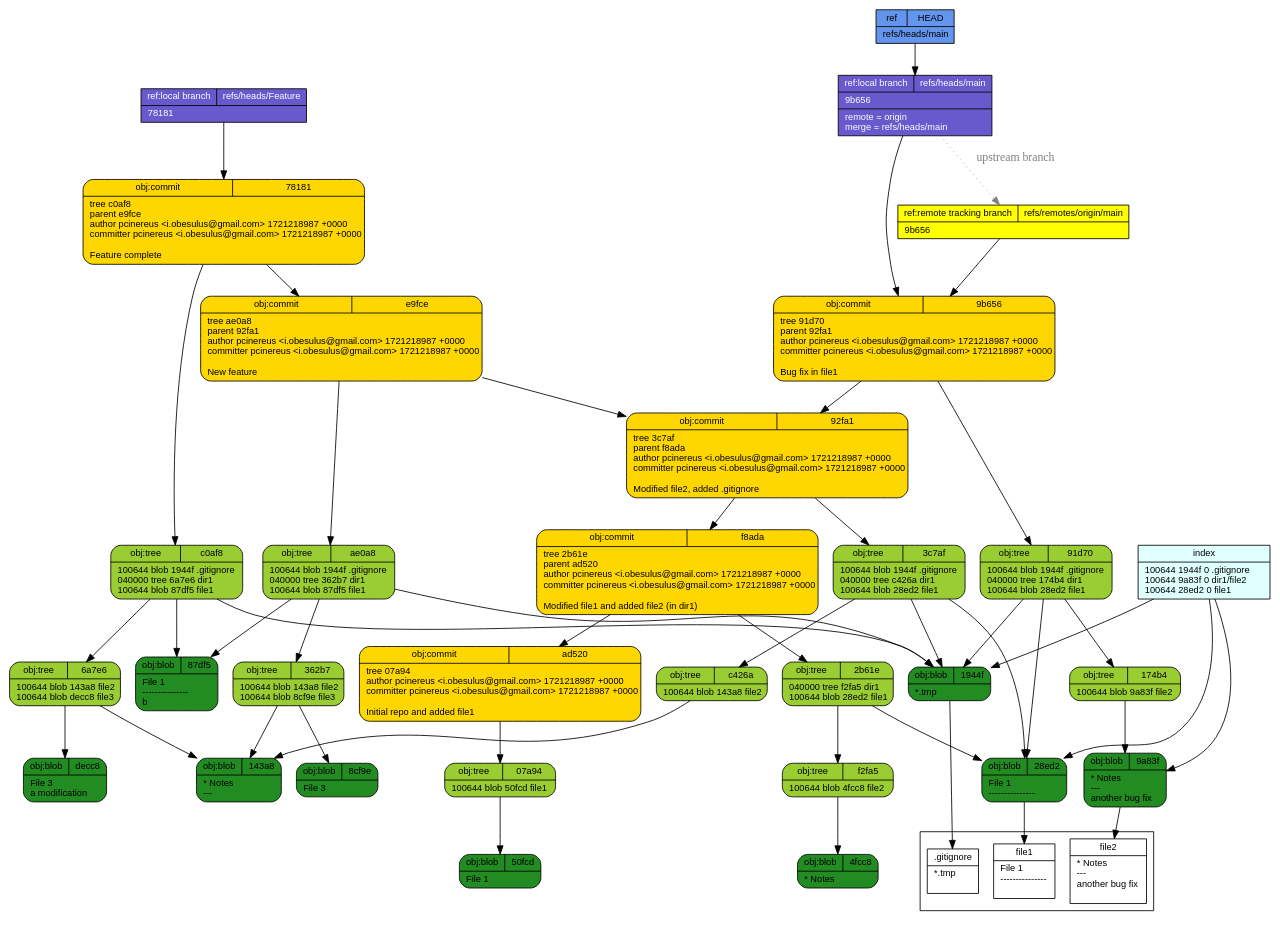
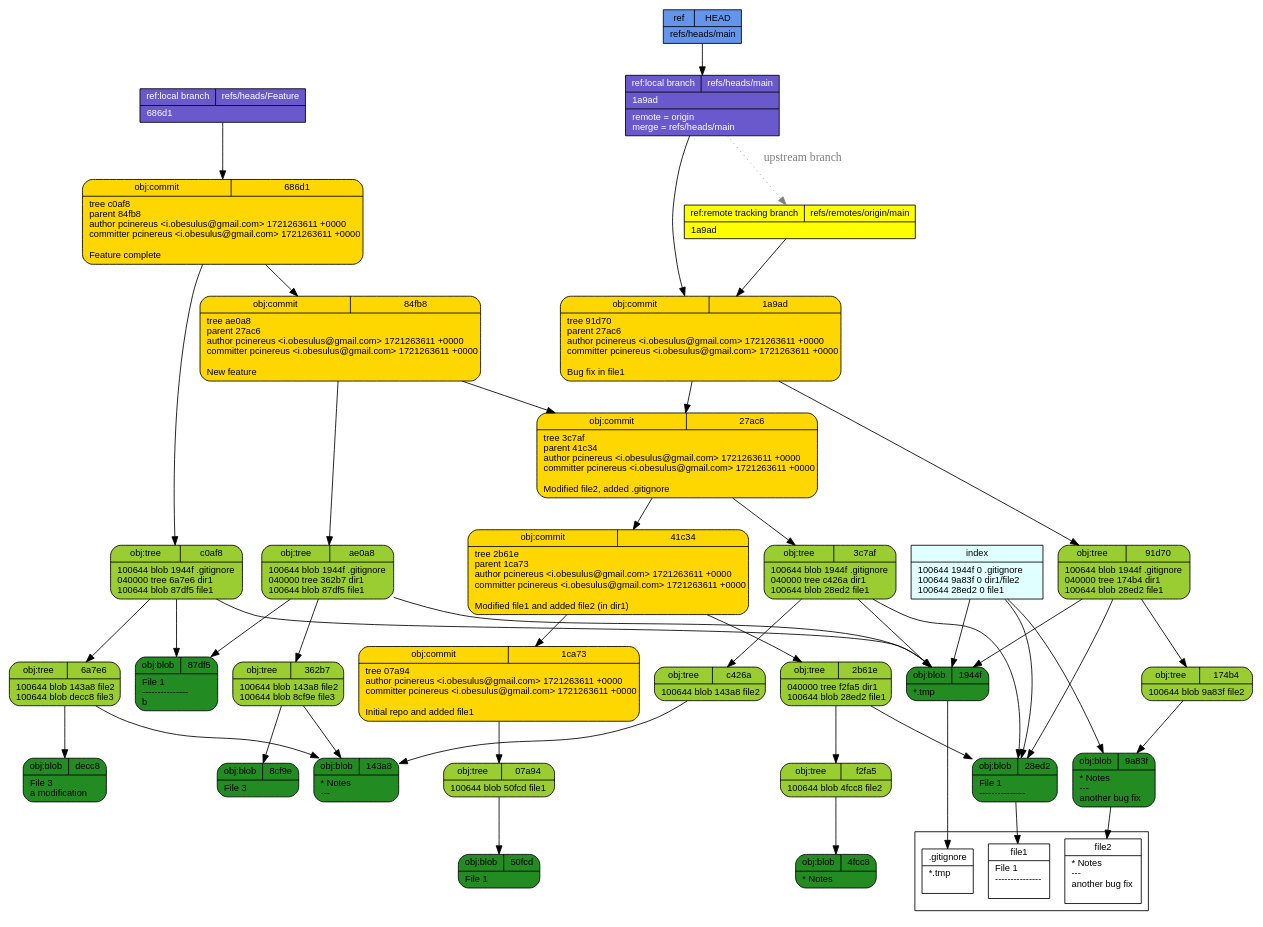
Before and after one commit to pcinereus/SUYRs_documents: the diagram in tut/git-draw.dot, drawn with Graphviz. The commit also changed 667 other files, not shown here.

```diff
--- a/tut/git-draw.dot
+++ b/tut/git-draw.dot
@@ -1,57 +1,57 @@
 digraph structs {
   node [shape=record,fontsize=11,fontname="arial"];
   rankdir="TB";
   _f2fa5 [fillcolor="yellowgreen", style="filled,rounded", label="{{obj:tree|f2fa5}|100644\ blob\ 4fcc8\	file2\l}"]  _f2fa5 -> _4fcc8
+  _1ca73 [fillcolor="gold", style="filled,rounded", label="{{obj:commit|1ca73}|tree\ 07a94\lauthor\ pcinereus\ \<i\.obesulus\@gmail\.com\>\ 1721263611\ \+0000\lcommitter\ pcinereus\ \<i\.obesulus\@gmail\.com\>\ 1721263611\ \+0000\l\lInitial\ repo\ and\ added\ file1\l}"]  _1ca73 -> _07a94
   _07a94 [fillcolor="yellowgreen", style="filled,rounded", label="{{obj:tree|07a94}|100644\ blob\ 50fcd\	file1\l}"]  _07a94 -> _50fcd
   _143a8 [fillcolor="forestgreen", style="filled,rounded", label="{{obj:blob|143a8}|\*\ Notes\l\-\-\-\l}"]  _c0af8 [fillcolor="yellowgreen", style="filled,rounded", label="{{obj:tree|c0af8}|100644\ blob\ 1944f\	\.gitignore\l040000\ tree\ 6a7e6\	dir1\l100644\ blob\ 87df5\	file1\l}"]  _c0af8 -> _1944f
   _c0af8 -> _6a7e6
   _c0af8 -> _87df5
-  _4fcc8 [fillcolor="forestgreen", style="filled,rounded", label="{{obj:blob|4fcc8}|\*\ Notes\l}"]  _f8ada [fillcolor="gold", style="filled,rounded", label="{{obj:commit|f8ada}|tree\ 2b61e\lparent\ ad520\lauthor\ pcinereus\ \<i\.obesulus\@gmail\.com\>\ 1721218987\ \+0000\lcommitter\ pcinereus\ \<i\.obesulus\@gmail\.com\>\ 1721218987\ \+0000\l\lModified\ file1\ and\ added\ file2\ \(in\ dir1\)\l}"]  _f8ada -> _2b61e
-  _f8ada -> _ad520
-  _ad520 [fillcolor="gold", style="filled,rounded", label="{{obj:commit|ad520}|tree\ 07a94\lauthor\ pcinereus\ \<i\.obesulus\@gmail\.com\>\ 1721218987\ \+0000\lcommitter\ pcinereus\ \<i\.obesulus\@gmail\.com\>\ 1721218987\ \+0000\l\lInitial\ repo\ and\ added\ file1\l}"]  _ad520 -> _07a94
-  _c426a [fillcolor="yellowgreen", style="filled,rounded", label="{{obj:tree|c426a}|100644\ blob\ 143a8\	file2\l}"]  _c426a -> _143a8
-  _1944f [fillcolor="forestgreen", style="filled,rounded", label="{{obj:blob|1944f}|\*\.tmp\l}"]  _50fcd [fillcolor="forestgreen", style="filled,rounded", label="{{obj:blob|50fcd}|File\ 1\l}"]  _92fa1 [fillcolor="gold", style="filled,rounded", label="{{obj:commit|92fa1}|tree\ 3c7af\lparent\ f8ada\lauthor\ pcinereus\ \<i\.obesulus\@gmail\.com\>\ 1721218987\ \+0000\lcommitter\ pcinereus\ \<i\.obesulus\@gmail\.com\>\ 1721218987\ \+0000\l\lModified\ file2\,\ added\ \.gitignore\l}"]  _92fa1 -> _3c7af
-  _92fa1 -> _f8ada
-  _8cf9e [fillcolor="forestgreen", style="filled,rounded", label="{{obj:blob|8cf9e}|File\ 3\l}"]  _91d70 [fillcolor="yellowgreen", style="filled,rounded", label="{{obj:tree|91d70}|100644\ blob\ 1944f\	\.gitignore\l040000\ tree\ 174b4\	dir1\l100644\ blob\ 28ed2\	file1\l}"]  _91d70 -> _1944f
+  _84fb8 [fillcolor="gold", style="filled,rounded", label="{{obj:commit|84fb8}|tree\ ae0a8\lparent\ 27ac6\lauthor\ pcinereus\ \<i\.obesulus\@gmail\.com\>\ 1721263611\ \+0000\lcommitter\ pcinereus\ \<i\.obesulus\@gmail\.com\>\ 1721263611\ \+0000\l\lNew\ feature\l}"]  _84fb8 -> _ae0a8
+  _84fb8 -> _27ac6
+  _4fcc8 [fillcolor="forestgreen", style="filled,rounded", label="{{obj:blob|4fcc8}|\*\ Notes\l}"]  _c426a [fillcolor="yellowgreen", style="filled,rounded", label="{{obj:tree|c426a}|100644\ blob\ 143a8\	file2\l}"]  _c426a -> _143a8
+  _1944f [fillcolor="forestgreen", style="filled,rounded", label="{{obj:blob|1944f}|\*\.tmp\l}"]  _50fcd [fillcolor="forestgreen", style="filled,rounded", label="{{obj:blob|50fcd}|File\ 1\l}"]  _8cf9e [fillcolor="forestgreen", style="filled,rounded", label="{{obj:blob|8cf9e}|File\ 3\l}"]  _91d70 [fillcolor="yellowgreen", style="filled,rounded", label="{{obj:tree|91d70}|100644\ blob\ 1944f\	\.gitignore\l040000\ tree\ 174b4\	dir1\l100644\ blob\ 28ed2\	file1\l}"]  _91d70 -> _1944f
   _91d70 -> _174b4
   _91d70 -> _28ed2
-  _78181 [fillcolor="gold", style="filled,rounded", label="{{obj:commit|78181}|tree\ c0af8\lparent\ e9fce\lauthor\ pcinereus\ \<i\.obesulus\@gmail\.com\>\ 1721218987\ \+0000\lcommitter\ pcinereus\ \<i\.obesulus\@gmail\.com\>\ 1721218987\ \+0000\l\lFeature\ complete\l}"]  _78181 -> _c0af8
-  _78181 -> _e9fce
-  _9a83f [fillcolor="forestgreen", style="filled,rounded", label="{{obj:blob|9a83f}|\*\ Notes\l\-\-\-\l\ another\ bug\ fix\l}"]  _ae0a8 [fillcolor="yellowgreen", style="filled,rounded", label="{{obj:tree|ae0a8}|100644\ blob\ 1944f\	\.gitignore\l040000\ tree\ 362b7\	dir1\l100644\ blob\ 87df5\	file1\l}"]  _ae0a8 -> _1944f
+  _27ac6 [fillcolor="gold", style="filled,rounded", label="{{obj:commit|27ac6}|tree\ 3c7af\lparent\ 41c34\lauthor\ pcinereus\ \<i\.obesulus\@gmail\.com\>\ 1721263611\ \+0000\lcommitter\ pcinereus\ \<i\.obesulus\@gmail\.com\>\ 1721263611\ \+0000\l\lModified\ file2\,\ added\ \.gitignore\l}"]  _27ac6 -> _3c7af
+  _27ac6 -> _41c34
+  _9a83f [fillcolor="forestgreen", style="filled,rounded", label="{{obj:blob|9a83f}|\*\ Notes\l\-\-\-\l\ another\ bug\ fix\l}"]  _686d1 [fillcolor="gold", style="filled,rounded", label="{{obj:commit|686d1}|tree\ c0af8\lparent\ 84fb8\lauthor\ pcinereus\ \<i\.obesulus\@gmail\.com\>\ 1721263611\ \+0000\lcommitter\ pcinereus\ \<i\.obesulus\@gmail\.com\>\ 1721263611\ \+0000\l\lFeature\ complete\l}"]  _686d1 -> _c0af8
+  _686d1 -> _84fb8
+  _ae0a8 [fillcolor="yellowgreen", style="filled,rounded", label="{{obj:tree|ae0a8}|100644\ blob\ 1944f\	\.gitignore\l040000\ tree\ 362b7\	dir1\l100644\ blob\ 87df5\	file1\l}"]  _ae0a8 -> _1944f
   _ae0a8 -> _362b7
   _ae0a8 -> _87df5
-  _e9fce [fillcolor="gold", style="filled,rounded", label="{{obj:commit|e9fce}|tree\ ae0a8\lparent\ 92fa1\lauthor\ pcinereus\ \<i\.obesulus\@gmail\.com\>\ 1721218987\ \+0000\lcommitter\ pcinereus\ \<i\.obesulus\@gmail\.com\>\ 1721218987\ \+0000\l\lNew\ feature\l}"]  _e9fce -> _ae0a8
-  _e9fce -> _92fa1
-  _9b656 [fillcolor="gold", style="filled,rounded", label="{{obj:commit|9b656}|tree\ 91d70\lparent\ 92fa1\lauthor\ pcinereus\ \<i\.obesulus\@gmail\.com\>\ 1721218987\ \+0000\lcommitter\ pcinereus\ \<i\.obesulus\@gmail\.com\>\ 1721218987\ \+0000\l\lBug\ fix\ in\ file1\l}"]  _9b656 -> _91d70
-  _9b656 -> _92fa1
+  _41c34 [fillcolor="gold", style="filled,rounded", label="{{obj:commit|41c34}|tree\ 2b61e\lparent\ 1ca73\lauthor\ pcinereus\ \<i\.obesulus\@gmail\.com\>\ 1721263611\ \+0000\lcommitter\ pcinereus\ \<i\.obesulus\@gmail\.com\>\ 1721263611\ \+0000\l\lModified\ file1\ and\ added\ file2\ \(in\ dir1\)\l}"]  _41c34 -> _2b61e
+  _41c34 -> _1ca73
+  _1a9ad [fillcolor="gold", style="filled,rounded", label="{{obj:commit|1a9ad}|tree\ 91d70\lparent\ 27ac6\lauthor\ pcinereus\ \<i\.obesulus\@gmail\.com\>\ 1721263611\ \+0000\lcommitter\ pcinereus\ \<i\.obesulus\@gmail\.com\>\ 1721263611\ \+0000\l\lBug\ fix\ in\ file1\l}"]  _1a9ad -> _91d70
+  _1a9ad -> _27ac6
   _2b61e [fillcolor="yellowgreen", style="filled,rounded", label="{{obj:tree|2b61e}|040000\ tree\ f2fa5\	dir1\l100644\ blob\ 28ed2\	file1\l}"]  _2b61e -> _f2fa5
   _2b61e -> _28ed2
   _87df5 [fillcolor="forestgreen", style="filled,rounded", label="{{obj:blob|87df5}|File\ 1\l\-\-\-\-\-\-\-\-\-\-\-\-\-\-\-\lb\l}"]  _362b7 [fillcolor="yellowgreen", style="filled,rounded", label="{{obj:tree|362b7}|100644\ blob\ 143a8\	file2\l100644\ blob\ 8cf9e\	file3\l}"]  _362b7 -> _143a8
   _362b7 -> _8cf9e
   _3c7af [fillcolor="yellowgreen", style="filled,rounded", label="{{obj:tree|3c7af}|100644\ blob\ 1944f\	\.gitignore\l040000\ tree\ c426a\	dir1\l100644\ blob\ 28ed2\	file1\l}"]  _3c7af -> _1944f
   _3c7af -> _c426a
   _3c7af -> _28ed2
   _28ed2 [fillcolor="forestgreen", style="filled,rounded", label="{{obj:blob|28ed2}|File\ 1\l\-\-\-\-\-\-\-\-\-\-\-\-\-\-\-\l}"]  _6a7e6 [fillcolor="yellowgreen", style="filled,rounded", label="{{obj:tree|6a7e6}|100644\ blob\ 143a8\	file2\l100644\ blob\ decc8\	file3\l}"]  _6a7e6 -> _143a8
   _6a7e6 -> _decc8
   _174b4 [fillcolor="yellowgreen", style="filled,rounded", label="{{obj:tree|174b4}|100644\ blob\ 9a83f\	file2\l}"]  _174b4 -> _9a83f
-  _decc8 [fillcolor="forestgreen", style="filled,rounded", label="{{obj:blob|decc8}|File\ 3\l\ a\ modification\l}"]  _refs___heads___Feature [style=filled, fillcolor=slateblue3, fontcolor = white,  label="{{ref:local branch|refs\/heads\/Feature}|78181\l}"]
-  _refs___heads___Feature -> _78181
+  _decc8 [fillcolor="forestgreen", style="filled,rounded", label="{{obj:blob|decc8}|File\ 3\l\ a\ modification\l}"]  _refs___heads___Feature [style=filled, fillcolor=slateblue3, fontcolor = white,  label="{{ref:local branch|refs\/heads\/Feature}|686d1\l}"]
+  _refs___heads___Feature -> _686d1
   _refs___heads___main -> _refs___remotes___origin___main [style=dotted, color=gray, fontcolor=gray, label="upstream branch"]
-  _refs___heads___main [style=filled, fillcolor=slateblue3, fontcolor = white,  label="{{ref:local branch|refs\/heads\/main}|9b656\l|remote\ \=\ origin\lmerge\ \=\ refs\/heads\/main\l}"]
-  _refs___heads___main -> _9b656
-  _refs___remotes___origin___main [style=filled, fillcolor=yellow, fontcolor = black,  label="{{ref:remote tracking branch|refs\/remotes\/origin\/main}|9b656\l}"]
-  _refs___remotes___origin___main -> _9b656
+  _refs___heads___main [style=filled, fillcolor=slateblue3, fontcolor = white,  label="{{ref:local branch|refs\/heads\/main}|1a9ad\l|remote\ \=\ origin\lmerge\ \=\ refs\/heads\/main\l}"]
+  _refs___heads___main -> _1a9ad
+  _refs___remotes___origin___main [style=filled, fillcolor=yellow, fontcolor = black,  label="{{ref:remote tracking branch|refs\/remotes\/origin\/main}|1a9ad\l}"]
+  _refs___remotes___origin___main -> _1a9ad
   _HEAD [style=filled, fillcolor=cornflowerblue, fontcolor=black,  label="{{ref|HEAD}|refs\/heads\/main\l}"]
   _HEAD -> _refs___heads___main
   index -> _1944f
   index -> _9a83f
   index -> _28ed2
   index [style=filled, fillcolor=lightcyan, label="{{index}|100644\ 1944f\ 0\	\.gitignore\l100644\ 9a83f\ 0\	dir1\/file2\l100644\ 28ed2\ 0\	file1\l}"]
 subgraph cluster_1 {rank=sink  _gitignore [fillcolor="white", label="{{.gitignore}|*.tmp\l\l}"] 
   _file2 [fillcolor="white", label="{{file2}|* Notes\l---\l another bug fix\l\l}"] 
   _file1 [fillcolor="white", label="{{file1}|File 1\l---------------\l\l}"] 
 }
  _1944f -> _gitignore
  _9a83f -> _file2
  _28ed2 -> _file1
 }
```
